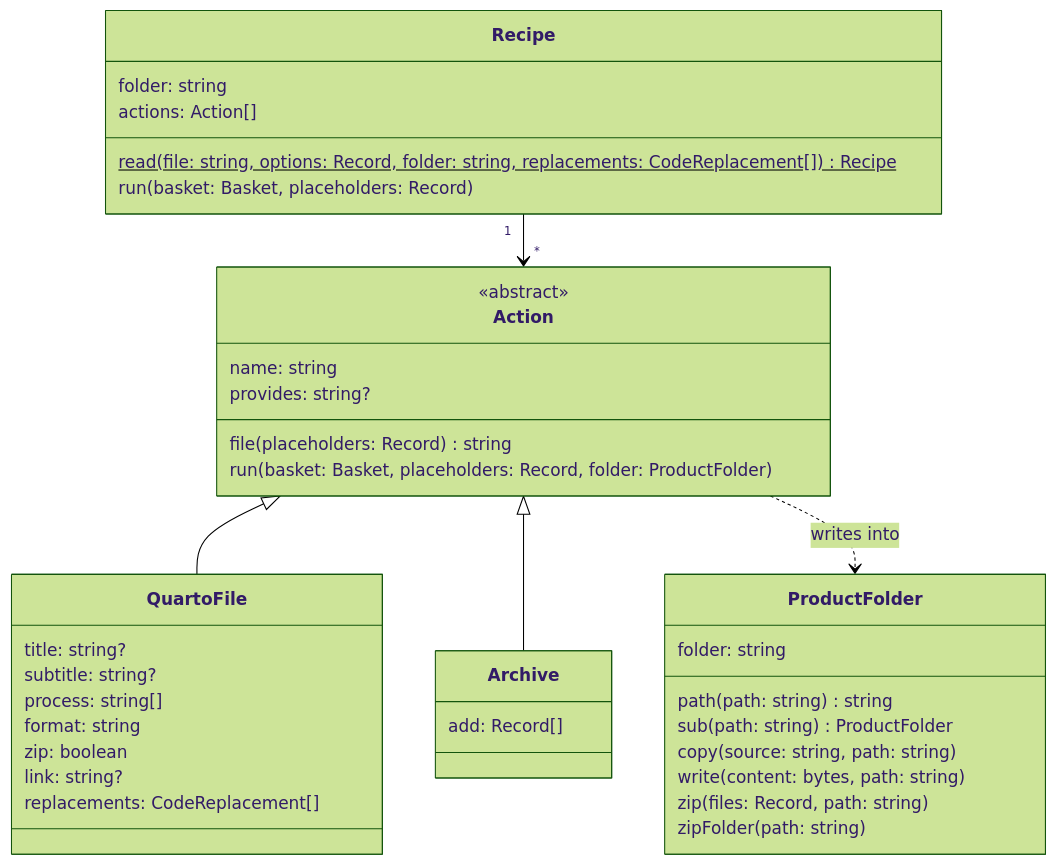
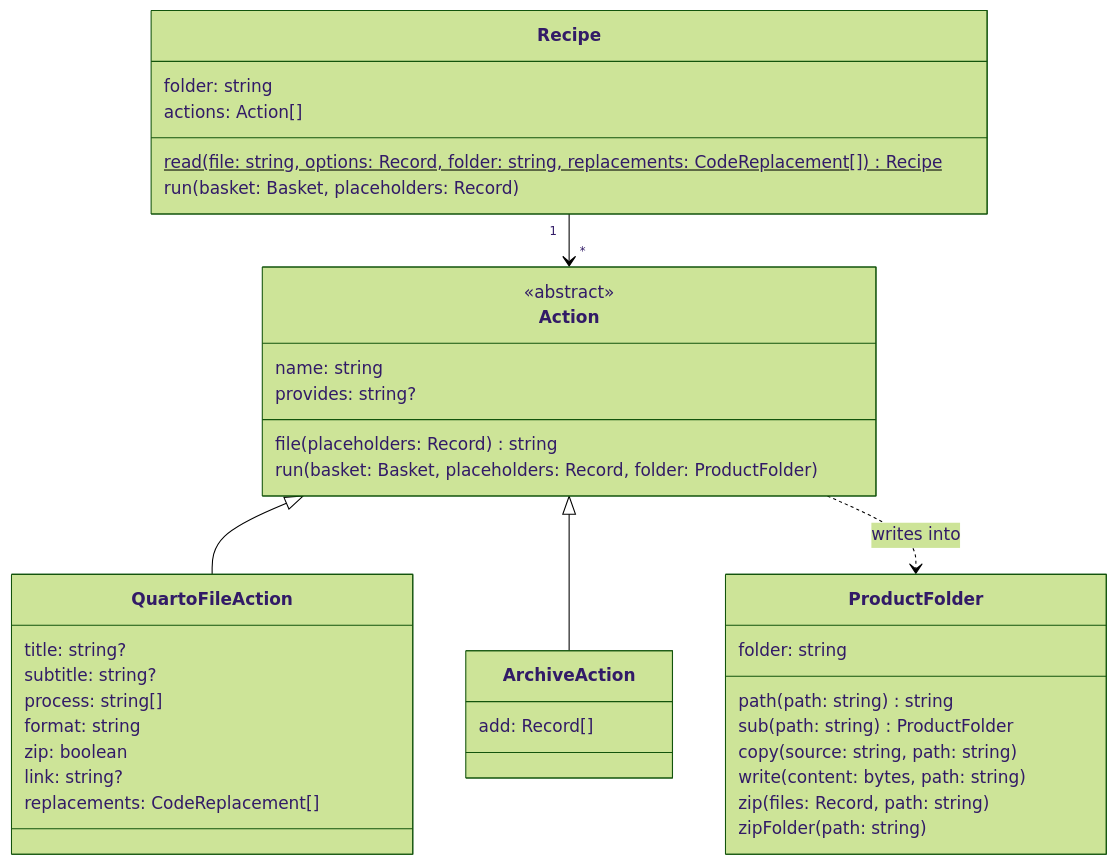
The fifth of 6 diagrams in DESIGN.md (matthiasbaitsch/quarto-loi-moi), drawn with Mermaid (forest theme) before and after one commit. The commit also changed other lines of this file and 4 other files, not shown here.

Commit message:
Actions renamed: QuartoFileAction, ArchiveAction

````diff
--- a/DESIGN.md
+++ b/DESIGN.md
@@ -267,42 +267,42 @@
 ```mermaid
 classDiagram
   direction TD
   Recipe "1" --> "*" Action
-  Action <|-- QuartoFile
-  Action <|-- Archive
+  Action <|-- QuartoFileAction
+  Action <|-- ArchiveAction
   Action ..> ProductFolder : writes into
   class Recipe {
     folder: string
     actions: Action[]
     read(file: string, options: Record, folder: string, replacements: CodeReplacement[])$ Recipe
     run(basket: Basket, placeholders: Record)
   }
   class Action {
     <<abstract>>
     name: string
     provides: string?
     file(placeholders: Record) string
     run(basket: Basket, placeholders: Record, folder: ProductFolder)
   }
-  class QuartoFile {
+  class QuartoFileAction {
     title: string?
     subtitle: string?
     process: string[]
     format: string
     zip: boolean
     link: string?
     replacements: CodeReplacement[]
   }
-  class Archive {
+  class ArchiveAction {
     add: Record[]
   }
   class ProductFolder {
     folder: string
     path(path: string) string
     sub(path: string) ProductFolder
     copy(source: string, path: string)
     write(content: bytes, path: string)
     zip(files: Record, path: string)
     zipFolder(path: string)
   }
 ```
````
